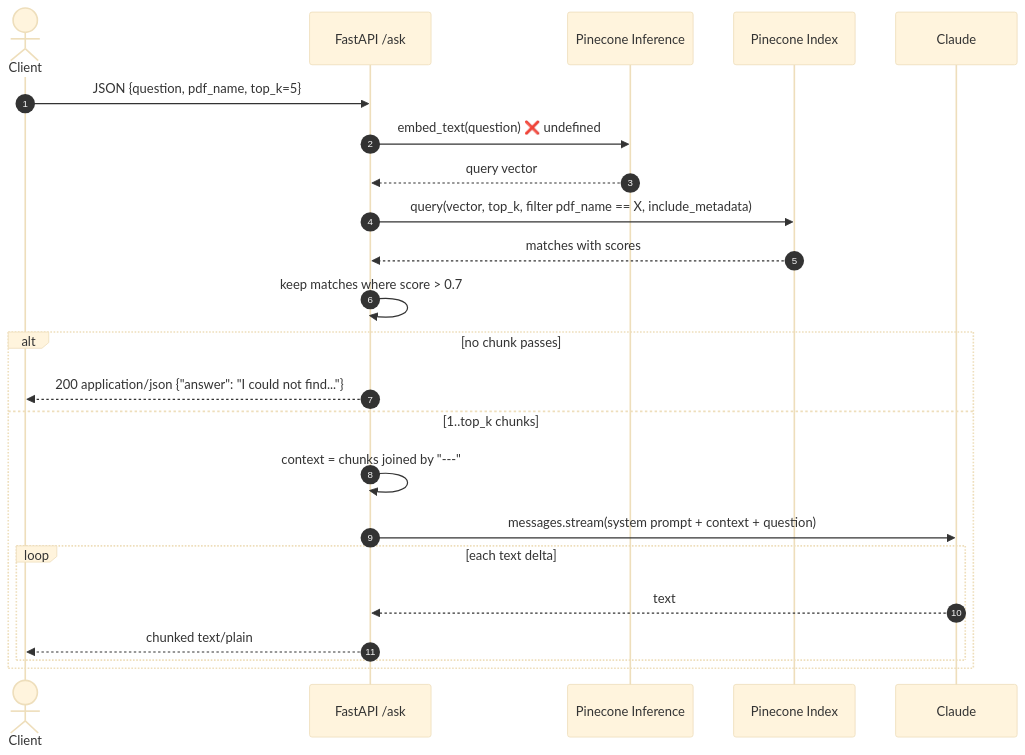
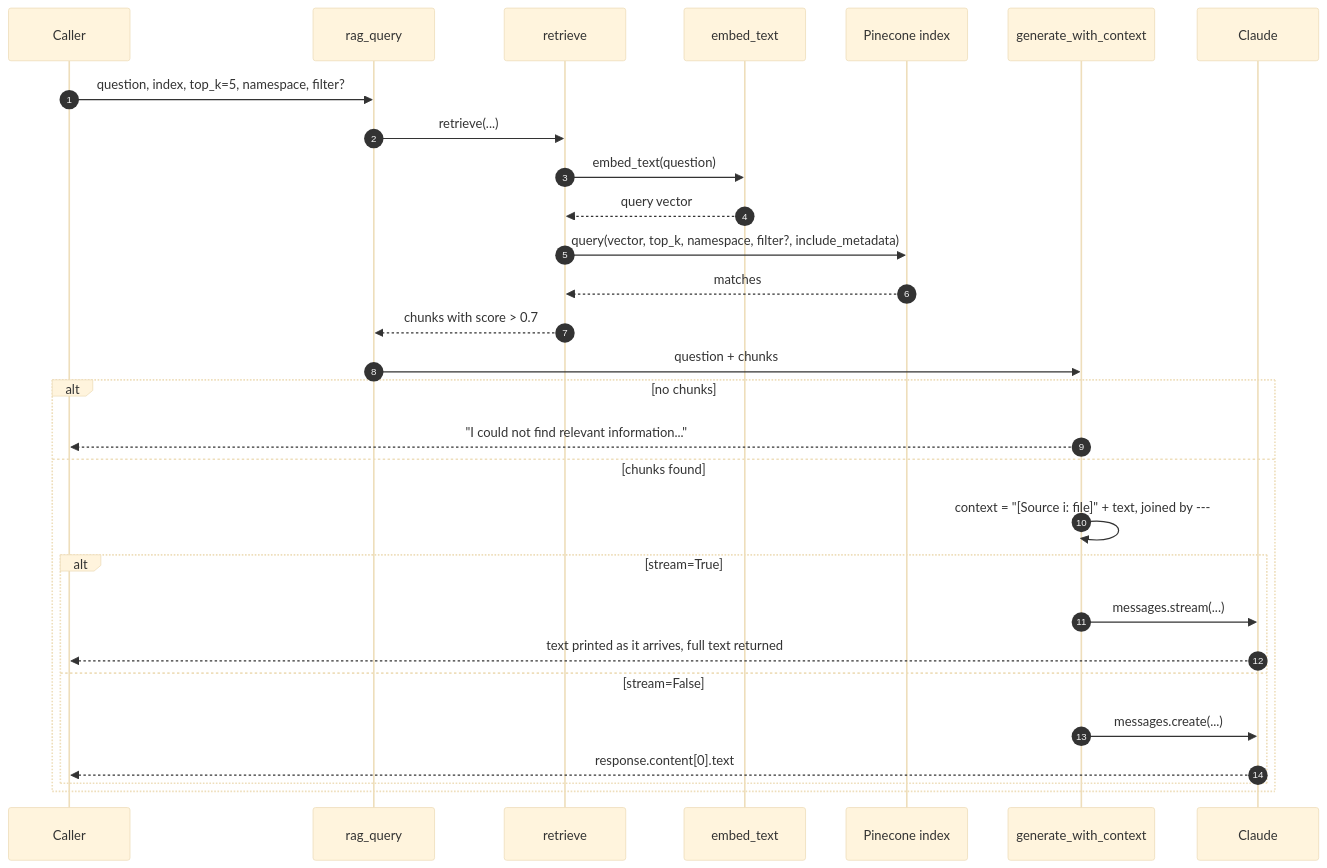
One commit to lsolor/korg-pdf-qa changed the fifth of 19 diagrams in ARCHITECTURE.md. Above: the diagram before and after it, drawn with Mermaid (base theme). The commit also changed other lines of this file, not shown here.

First line of the commit message:
Update ARCHITECTURE.md for the script-based RAG pipeline

````diff
--- a/ARCHITECTURE.md
+++ b/ARCHITECTURE.md
@@ -263,26 +262,32 @@
 ```mermaid
 sequenceDiagram
     autonumber
-    actor C as Client
-    participant API as FastAPI /ask
-    participant EMB as Pinecone Inference
-    participant VDB as Pinecone Index
-    participant LLM as Claude
+    participant C as Caller
+    participant R as rag_query
+    participant RT as retrieve
+    participant E as embed_text
+    participant V as Pinecone index
+    participant G as generate_with_context
+    participant L as Claude
 
-    C->>API: JSON {question, pdf_name, top_k=5}
-    API->>EMB: embed_text(question) ❌ undefined
-    EMB-->>API: query vector
-    API->>VDB: query(vector, top_k, filter pdf_name == X, include_metadata)
-    VDB-->>API: matches with scores
-    API->>API: keep matches where score > 0.7
-    alt no chunk passes
-        API-->>C: 200 application/json {"answer": "I could not find..."}
-    else 1..top_k chunks
-        API->>API: context = chunks joined by "---"
-        API->>LLM: messages.stream(system prompt + context + question)
-        loop each text delta
-            LLM-->>API: text
-            API-->>C: chunked text/plain
+    C->>R: question, index, top_k=5, namespace, filter?
+    R->>RT: retrieve(...)
+    RT->>E: embed_text(question)
+    E-->>RT: query vector
+    RT->>V: query(vector, top_k, namespace, filter?, include_metadata)
+    V-->>RT: matches
+    RT-->>R: chunks with score > 0.7
+    R->>G: question + chunks
+    alt no chunks
+        G-->>C: "I could not find relevant information..."
+    else chunks found
+        G->>G: context = "[Source i: file]" + text, joined by ---
+        alt stream=True
+            G->>L: messages.stream(...)
+            L-->>C: text printed as it arrives, full text returned
+        else stream=False
+            G->>L: messages.create(...)
+            L-->>C: response.content[0].text
         end
     end
 ```
````
